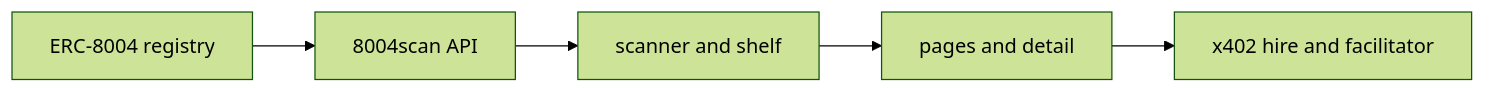
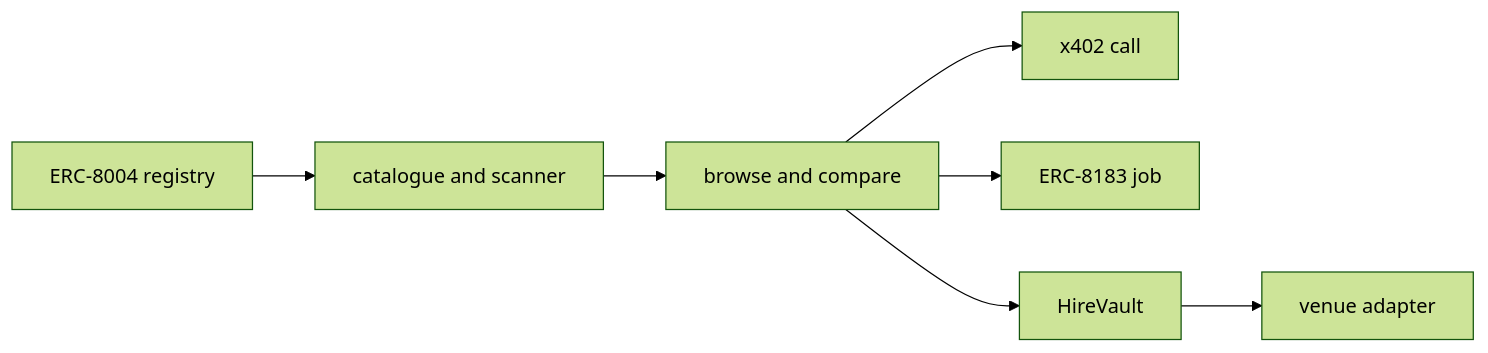
The diagram in README.md (blockballr/agentsouk), drawn with Mermaid (forest theme) before and after one commit. The commit also changed other lines of this file and 11 other files, not shown here.

````diff
--- a/README.md
+++ b/README.md
@@ -66,7 +38,9 @@
 ```mermaid
 flowchart LR
-    R[ERC-8004 registry] --> A[8004scan API]
-    A --> S[scanner and shelf]
-    S --> P[pages and detail]
-    P --> X[x402 hire and facilitator]
+    R[ERC-8004 registry] --> S[catalogue and scanner]
+    S --> P[browse and compare]
+    P --> X[x402 call]
+    P --> J[ERC-8183 job]
+    P --> V[HireVault]
+    V --> A[venue adapter]
 ```
````
